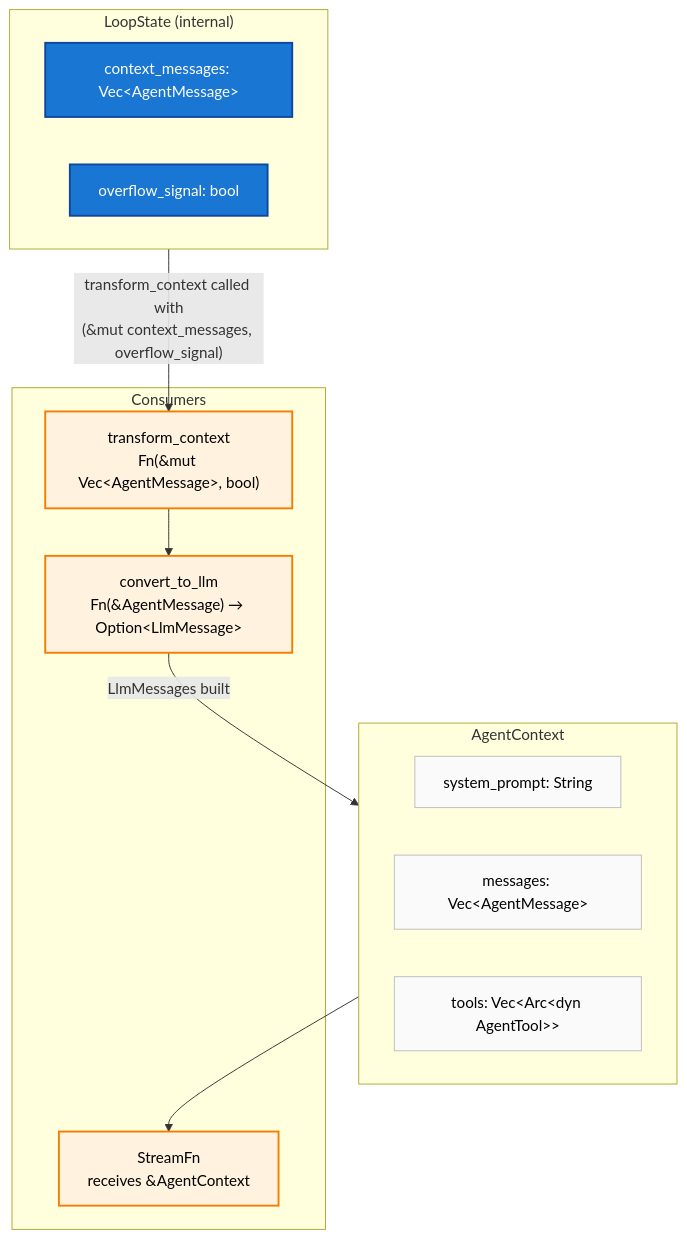
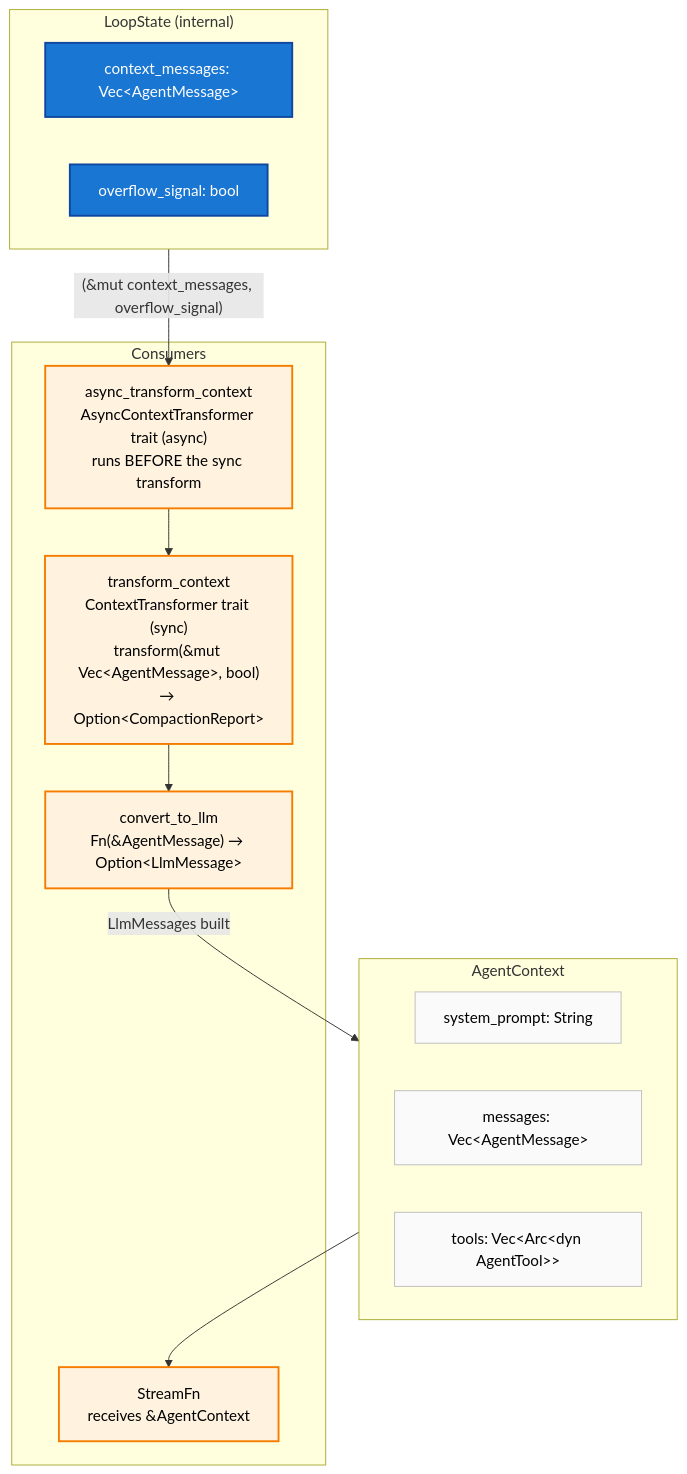
The first of 2 diagrams in docs/architecture/agent-context/README.md (SuperSwinkAI/Swink-Agent), drawn with Mermaid before and after one commit. The commit also changed other lines of this file and 21 other files, not shown here.

````diff
--- a/docs/architecture/agent-context/README.md
+++ b/docs/architecture/agent-context/README.md
@@ -12,33 +12,35 @@
 ```mermaid
 flowchart TB
     subgraph AgentContext["AgentContext"]
         SP["system_prompt: String"]
         Msgs["messages: Vec&lt;AgentMessage&gt;"]
         Tools["tools: Vec&lt;Arc&lt;dyn AgentTool&gt;&gt;"]
     end
 
     subgraph LoopState["LoopState (internal)"]
         CtxMsgs["context_messages: Vec&lt;AgentMessage&gt;"]
         Overflow["overflow_signal: bool"]
     end
 
     subgraph Consumers["Consumers"]
-        TransformCtx["transform_context<br/>Fn(&amp;mut Vec&lt;AgentMessage&gt;, bool)"]
+        AsyncTransformCtx["async_transform_context<br/>AsyncContextTransformer trait (async)<br/>runs BEFORE the sync transform"]
+        TransformCtx["transform_context<br/>ContextTransformer trait (sync)<br/>transform(&amp;mut Vec&lt;AgentMessage&gt;, bool)<br/>→ Option&lt;CompactionReport&gt;"]
         ConvertLlm["convert_to_llm<br/>Fn(&amp;AgentMessage) → Option&lt;LlmMessage&gt;"]
         StreamFn["StreamFn<br/>receives &amp;AgentContext"]
     end
 
-    LoopState -->|"transform_context called with<br/>(&amp;mut context_messages, overflow_signal)"| TransformCtx
+    LoopState -->|"(&amp;mut context_messages, overflow_signal)"| AsyncTransformCtx
+    AsyncTransformCtx --> TransformCtx
     TransformCtx --> ConvertLlm
     ConvertLlm -->|"LlmMessages built"| AgentContext
     AgentContext --> StreamFn
 
     classDef contextStyle fill:#e3f2fd,stroke:#1976d2,stroke-width:2px,color:#000
     classDef stateStyle fill:#1976d2,stroke:#0d47a1,stroke-width:2px,color:#fff
     classDef consumerStyle fill:#fff3e0,stroke:#f57c00,stroke-width:2px,color:#000
     classDef fieldStyle fill:#fafafa,stroke:#bdbdbd,stroke-width:1px,color:#000
 
     class SP,Msgs,Tools fieldStyle
     class CtxMsgs,Overflow stateStyle
-    class TransformCtx,ConvertLlm,StreamFn consumerStyle
+    class AsyncTransformCtx,TransformCtx,ConvertLlm,StreamFn consumerStyle
 ```
````
